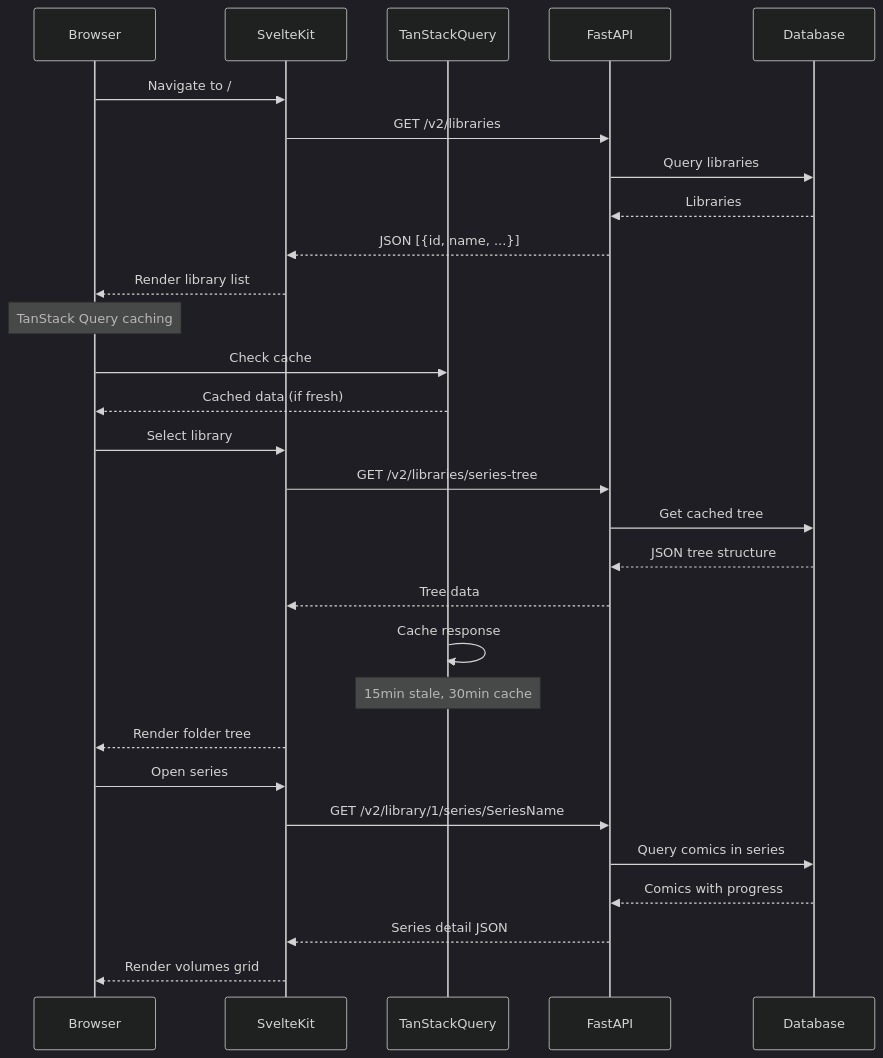
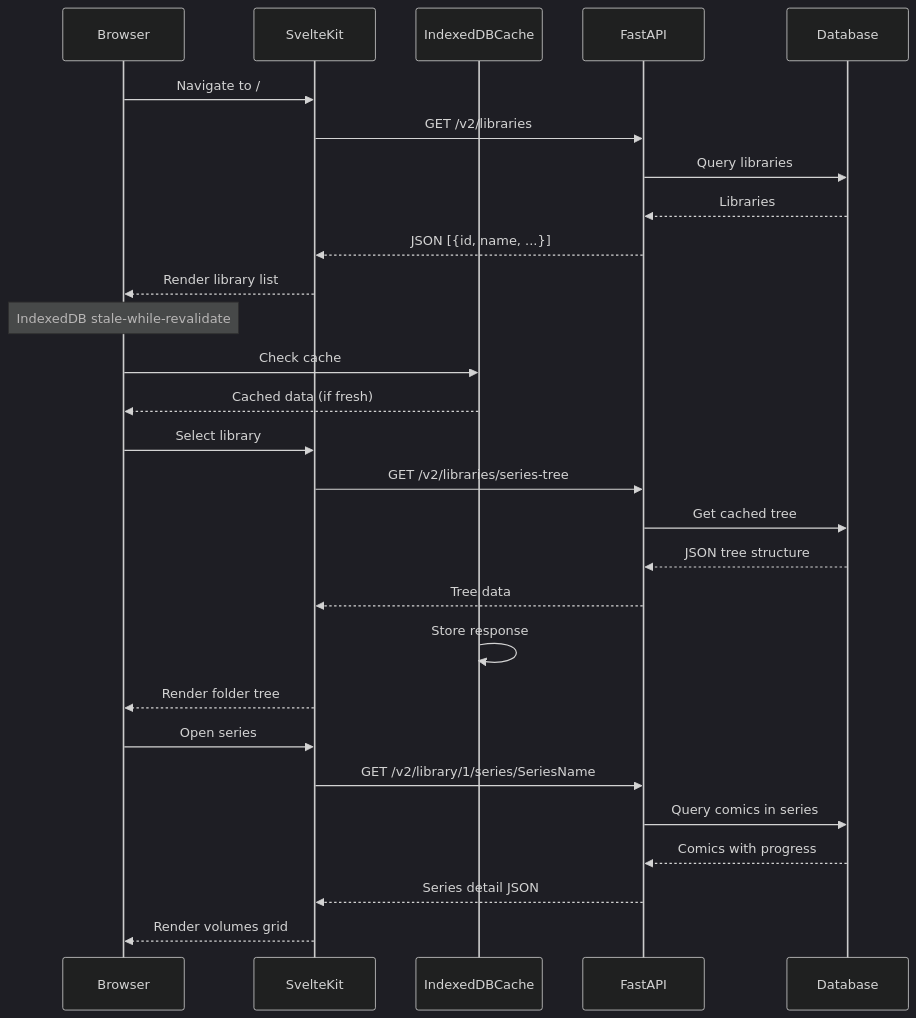
The third of 8 diagrams in docs/DATA_FLOW.md (kooten111/Kottlib), drawn with Mermaid (dark theme) before and after one commit. The commit also changed other lines of this file and 67 other files, not shown here.

````diff
--- a/docs/DATA_FLOW.md
+++ b/docs/DATA_FLOW.md
@@ -139,37 +139,36 @@
 ```mermaid
 sequenceDiagram
     participant Browser
     participant SvelteKit
-    participant TanStackQuery
+    participant IndexedDBCache
     participant FastAPI
     participant Database
 
     Browser->>SvelteKit: Navigate to /
     SvelteKit->>FastAPI: GET /v2/libraries
     FastAPI->>Database: Query libraries
     Database-->>FastAPI: Libraries
     FastAPI-->>SvelteKit: JSON [{id, name, ...}]
     SvelteKit-->>Browser: Render library list
 
-    Note over Browser: TanStack Query caching
-    Browser->>TanStackQuery: Check cache
-    TanStackQuery-->>Browser: Cached data (if fresh)
+    Note over Browser: IndexedDB stale-while-revalidate
+    Browser->>IndexedDBCache: Check cache
+    IndexedDBCache-->>Browser: Cached data (if fresh)
 
     Browser->>SvelteKit: Select library
     SvelteKit->>FastAPI: GET /v2/libraries/series-tree
     FastAPI->>Database: Get cached tree
     Database-->>FastAPI: JSON tree structure
     FastAPI-->>SvelteKit: Tree data
     
-    TanStackQuery->>TanStackQuery: Cache response
-    Note over TanStackQuery: 15min stale, 30min cache
+    IndexedDBCache->>IndexedDBCache: Store response
     
     SvelteKit-->>Browser: Render folder tree
 
     Browser->>SvelteKit: Open series
     SvelteKit->>FastAPI: GET /v2/library/1/series/SeriesName
     FastAPI->>Database: Query comics in series
     Database-->>FastAPI: Comics with progress
     FastAPI-->>SvelteKit: Series detail JSON
     SvelteKit-->>Browser: Render volumes grid
 ```
````
